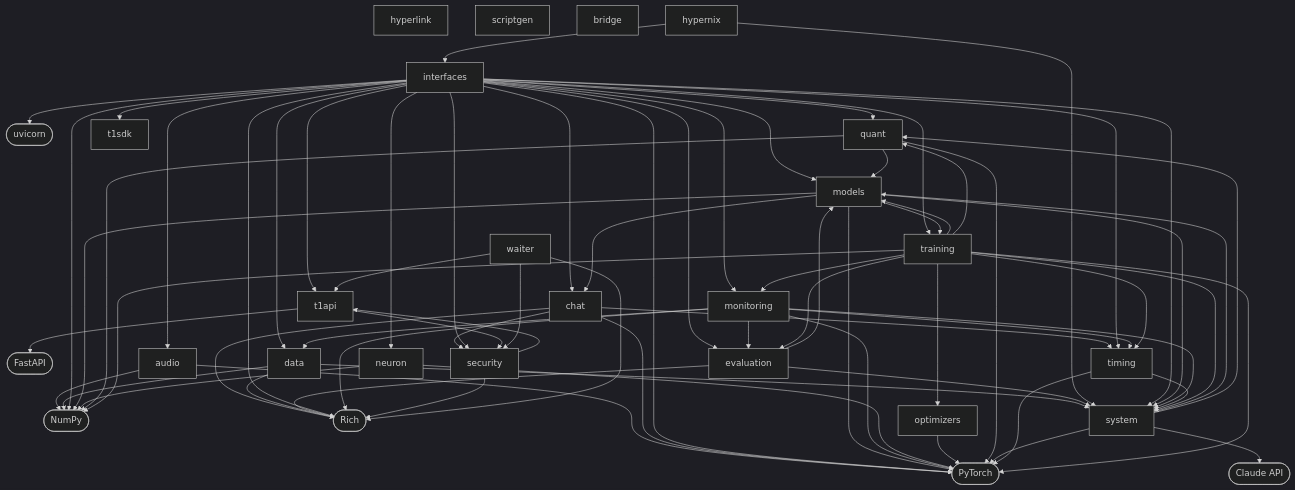
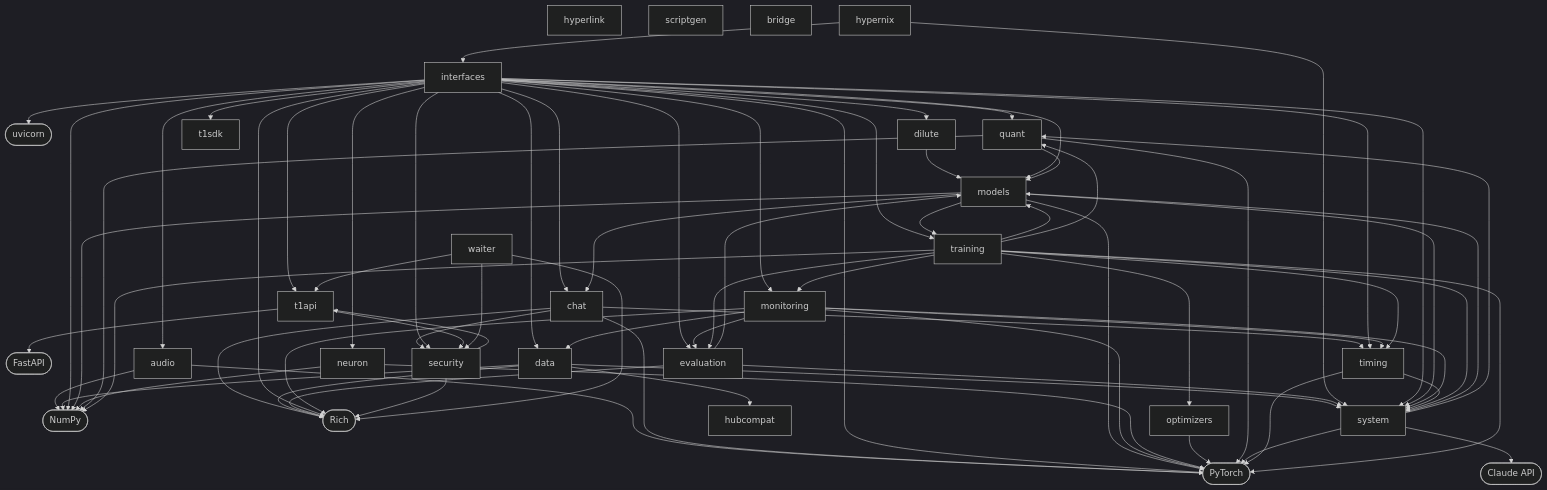
The first of 2 diagrams in wiki/Architecture.md (trail-b1az3r/HyperNix-pip), drawn with Mermaid (dark theme) before and after one commit. The commit also changed 19 other files, not shown here.

```diff
--- a/wiki/Architecture.md
+++ b/wiki/Architecture.md
@@ -45,8 +45,8 @@
     t1api["t1api"]
     quant["quant"]
     system["system"]
+    interfaces["interfaces"]
     hyperlink["hyperlink"]
-    interfaces["interfaces"]
     data["data"]
     models["models"]
     training["training"]
@@ -60,12 +60,16 @@
     audio["audio"]
     chat["chat"]
     timing["timing"]
+    dilute["dilute"]
     t1sdk["t1sdk"]
     bridge["bridge"]
     hypernix["hypernix"]
+    hubcompat["hubcompat"]
     chat --> security
     chat --> timing
+    data --> hubcompat
     data --> system
+    dilute --> models
     evaluation --> models
     evaluation --> system
     hypernix --> interfaces
@@ -73,6 +77,7 @@
     interfaces --> audio
     interfaces --> chat
     interfaces --> data
+    interfaces --> dilute
     interfaces --> evaluation
     interfaces --> models
     interfaces --> monitoring
```
